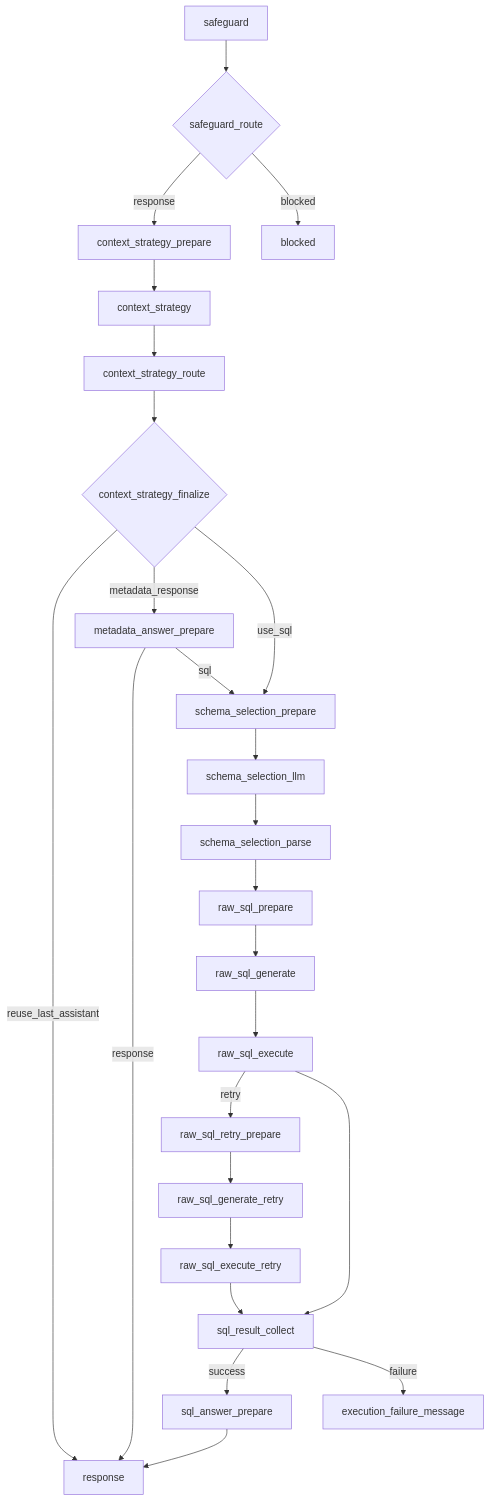
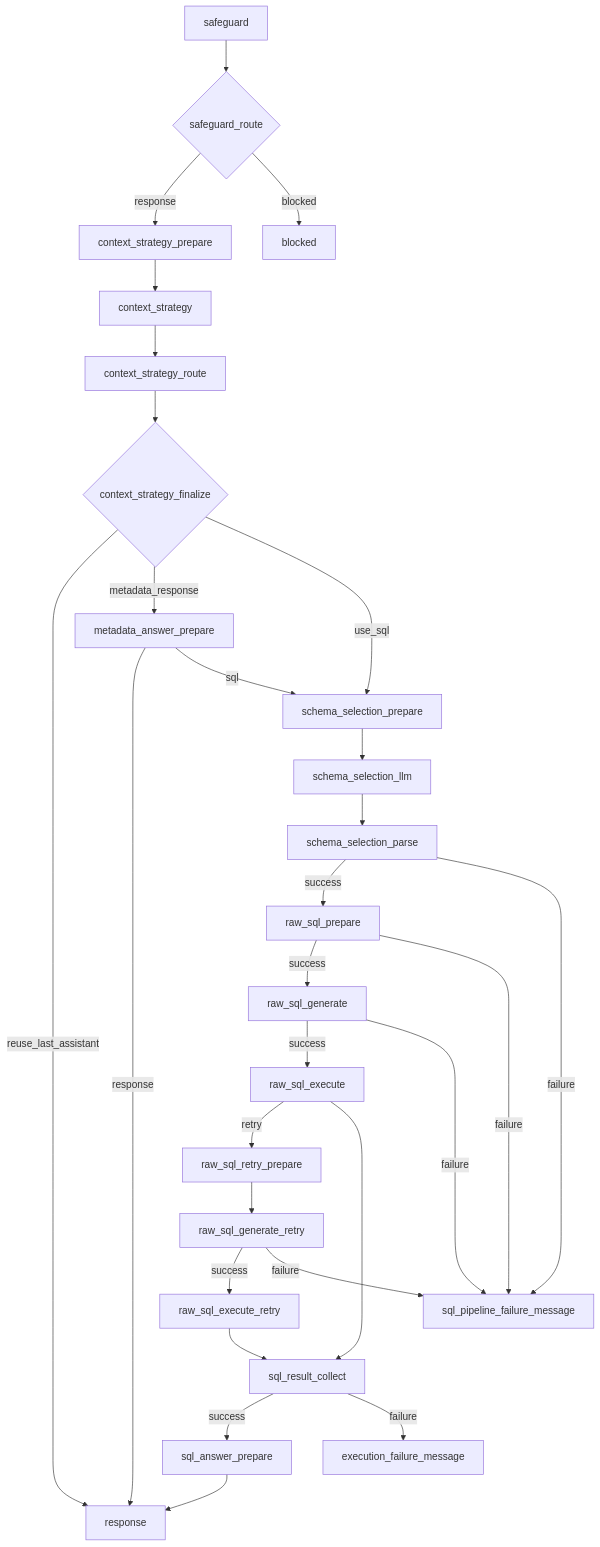
Before and after one commit to lgcns-ai-keonho-kim/TemplateZoo: the diagram in templates/003_text_to_sql/docs/core/chat.md, drawn with Mermaid. The commit also changed other lines of this file and 7 other files, not shown here.

````diff
--- a/templates/003_text_to_sql/docs/core/chat.md
+++ b/templates/003_text_to_sql/docs/core/chat.md
@@ -31,30 +31,34 @@
 ```mermaid
 flowchart TD
     SG[safeguard] --> SGR{safeguard_route}
     SGR -->|response| CSP[context_strategy_prepare]
     SGR -->|blocked| BLK[blocked]
 
     CSP --> CS[context_strategy]
     CS --> CSR[context_strategy_route]
     CSR --> CSF{context_strategy_finalize}
 
     CSF -->|reuse_last_assistant| RESP[response]
     CSF -->|metadata_response| MAP[metadata_answer_prepare]
     MAP -->|response| RESP
     MAP -->|sql| SSP[schema_selection_prepare]
     CSF -->|use_sql| SSP
 
     SSP --> SSL[schema_selection_llm]
     SSL --> SSPA[schema_selection_parse]
-    SSPA --> RSP[raw_sql_prepare]
-    RSP --> RSG[raw_sql_generate]
-    RSG --> RSE[raw_sql_execute]
+    SSPA -->|success| RSP[raw_sql_prepare]
+    SSPA -->|failure| SPFM[sql_pipeline_failure_message]
+    RSP -->|success| RSG[raw_sql_generate]
+    RSP -->|failure| SPFM
+    RSG -->|success| RSE[raw_sql_execute]
+    RSG -->|failure| SPFM
     RSE -->|retry| RRP[raw_sql_retry_prepare]
     RRP --> RSGR[raw_sql_generate_retry]
-    RSGR --> RSER[raw_sql_execute_retry]
+    RSGR -->|success| RSER[raw_sql_execute_retry]
+    RSGR -->|failure| SPFM
     RSE --> SRC[sql_result_collect]
     RSER --> SRC
     SRC -->|success| SAP[sql_answer_prepare]
     SRC -->|failure| EFM[execution_failure_message]
     SAP --> RESP
 ```
````
